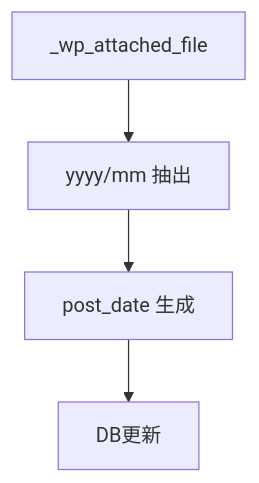
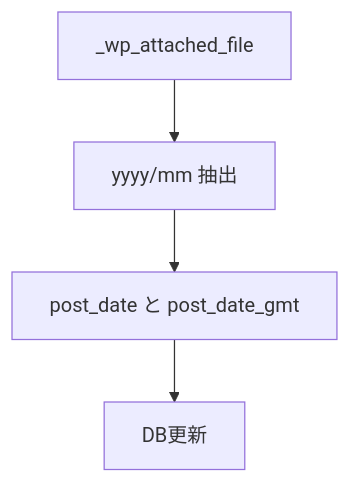
One commit to stein2nd/s2j-media-library-date-corrector changed the second of 2 diagrams in docs/concept.md. Above: the diagram before and after it, drawn with Mermaid. The commit also changed other lines of this file and 13 other files, not shown here.

````diff
--- a/docs/concept.md
+++ b/docs/concept.md
@@ -120,6 +122,6 @@
 ```mermaid
 flowchart TD
   A["_wp_attached_file"] --> B["yyyy/mm 抽出"]
-  B --> C["post_date 生成"]
+  B --> C["post_date と post_date_gmt"]
   C --> D["DB更新"]
 ```
````
